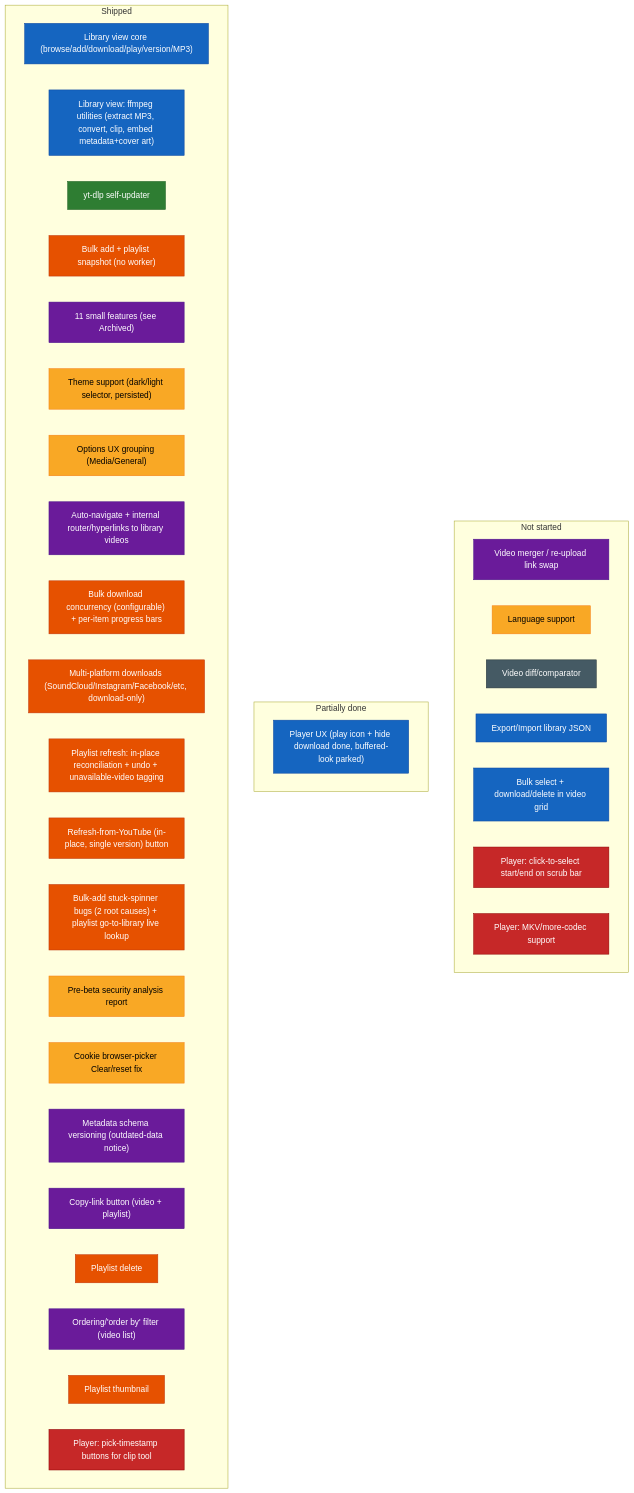
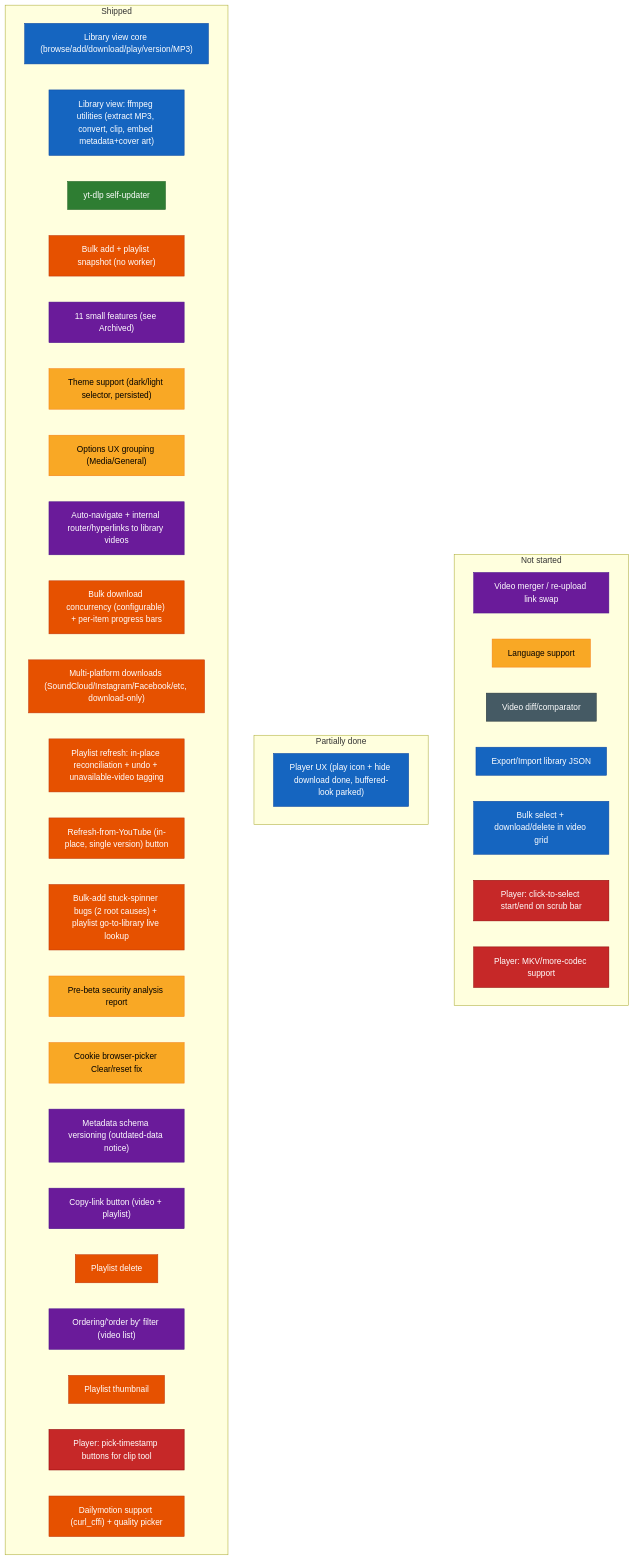
The diagram in futureSpecsFeedback.md (SlothSoftworks/Sloth-Archiver), drawn with Mermaid before and after one commit. The commit also changed other lines of this file and 2 other files, not shown here.

Commit message:
fix: issue with playlist updates not generating a button to the video entry in the library view

````diff
--- a/futureSpecsFeedback.md
+++ b/futureSpecsFeedback.md
@@ -71,61 +67,62 @@
 ```mermaid
 flowchart LR
     classDef library fill:#1565c0,stroke:#0d47a1,color:#fff
     classDef updater fill:#2e7d32,stroke:#1b5e20,color:#fff
     classDef playlist fill:#e65100,stroke:#bf360c,color:#fff
     classDef smallfeat fill:#6a1b9a,stroke:#4a148c,color:#fff
     classDef qol fill:#f9a825,stroke:#f57f17,color:#000
     classDef longshot fill:#455a64,stroke:#263238,color:#fff
     classDef player fill:#c62828,stroke:#8e0000,color:#fff
 
     subgraph DONE["Shipped"]
         direction LR
         d1["Library view core (browse/add/download/play/version/MP3)"]
         d1b["Library view: ffmpeg utilities (extract MP3, convert, clip, embed metadata+cover art)"]
         d2["yt-dlp self-updater"]
         d3["Bulk add + playlist snapshot (no worker)"]
         d4["11 small features (see Archived)"]
         d5["Theme support (dark/light selector, persisted)"]
         d6["Options UX grouping (Media/General)"]
         d7["Auto-navigate + internal router/hyperlinks to library videos"]
         d8["Bulk download concurrency (configurable) + per-item progress bars"]
         d9["Multi-platform downloads (SoundCloud/Instagram/Facebook/etc, download-only)"]
         d10["Playlist refresh: in-place reconciliation + undo + unavailable-video tagging"]
         d11["Refresh-from-YouTube (in-place, single version) button"]
         d12["Bulk-add stuck-spinner bugs (2 root causes) + playlist go-to-library live lookup"]
         d13["Pre-beta security analysis report"]
         d14["Cookie browser-picker Clear/reset fix"]
         d15["Metadata schema versioning (outdated-data notice)"]
         d16["Copy-link button (video + playlist)"]
         d17["Playlist delete"]
         d18["Ordering/'order by' filter (video list)"]
         d19["Playlist thumbnail"]
         d20["Player: pick-timestamp buttons for clip tool"]
+        d21["Dailymotion support (curl_cffi) + quality picker"]
     end
 
     subgraph PARTIAL["Partially done"]
         direction LR
         p3["Player UX (play icon + hide download done, buffered-look parked)"]
     end
 
     subgraph TODO["Not started"]
         direction LR
         t1["Video merger / re-upload link swap"]
         t6["Language support"]
         t7["Video diff/comparator"]
         t9["Export/Import library JSON"]
         t10["Bulk select + download/delete in video grid"]
         t11["Player: click-to-select start/end on scrub bar"]
         t12["Player: MKV/more-codec support"]
     end
 
     DONE ~~~ PARTIAL ~~~ TODO
 
     class d1,d1b,p3,t9,t10 library
     class d2 updater
-    class d3,d8,d9,d10,d11,d12,d17,d19 playlist
+    class d3,d8,d9,d10,d11,d12,d17,d19,d21 playlist
     class d4,d7,d15,d16,d18,t1 smallfeat
     class d5,d6,d13,d14,t6 qol
     class t7 longshot
     class d20,t11,t12 player
 ```
````
